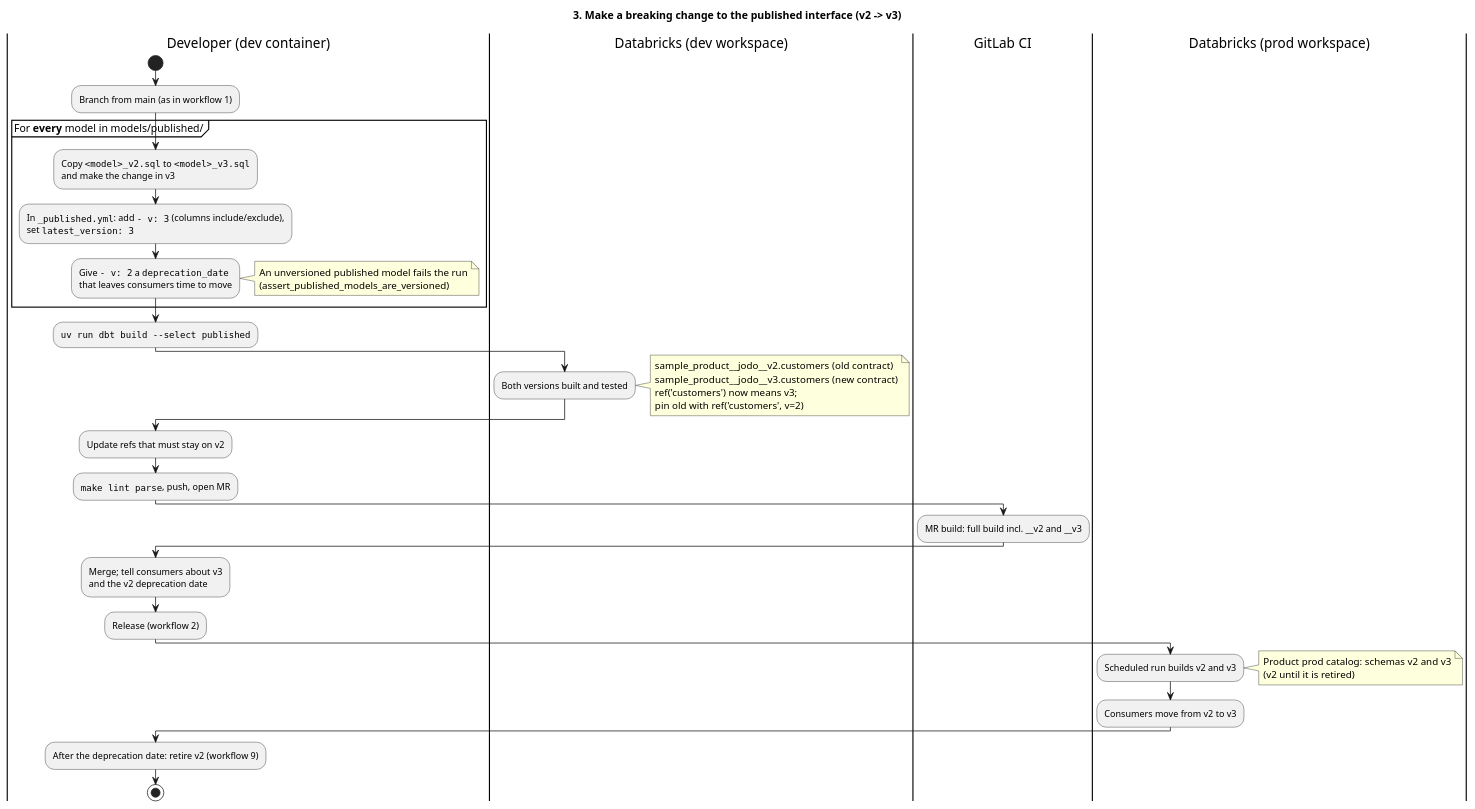
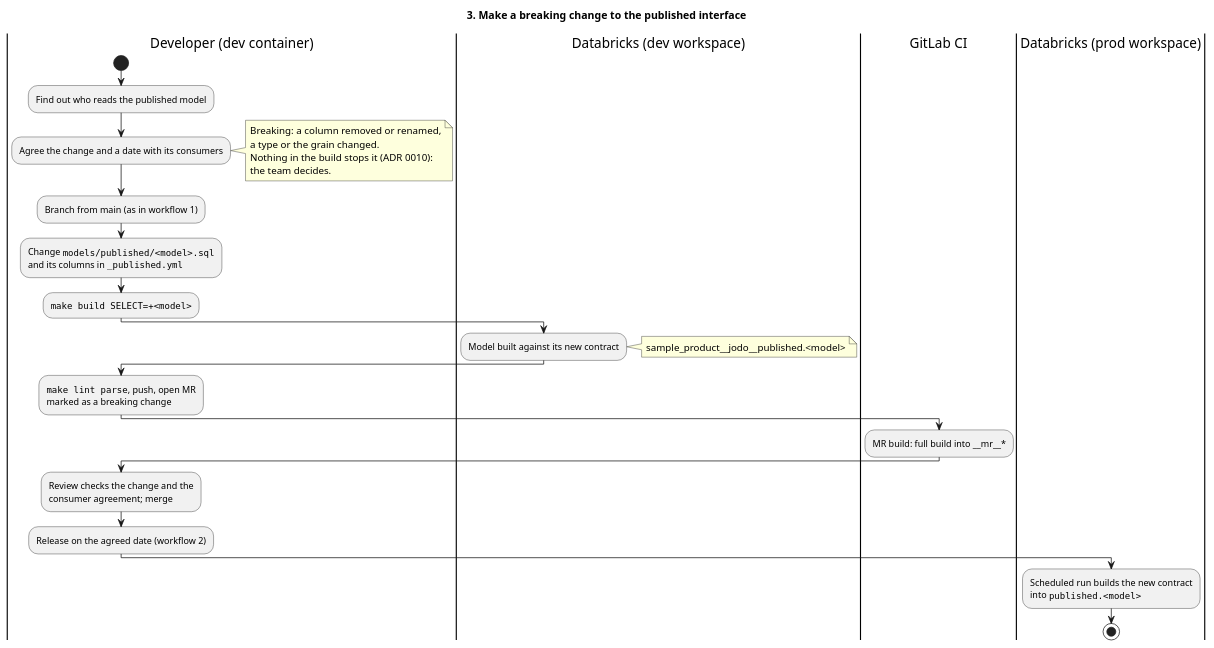
Before and after one commit to PeterHenell/dbt-databricks-template: the diagram in docs/diagrams/workflow-3-breaking.puml, drawn with PlantUML. The commit also changed 26 other files, not shown here.

First line of the commit message:
Make published-interface versioning a manual, optional practice

```diff
--- a/docs/diagrams/workflow-3-breaking.puml
+++ b/docs/diagrams/workflow-3-breaking.puml
@@ -1,47 +1,36 @@
 @startuml workflow-3-breaking
-title 3. Make a breaking change to the published interface (v2 -> v3)
+title 3. Make a breaking change to the published interface
 
 |Developer (dev container)|
 start
+:Find out who reads the published model;
+:Agree the change and a date with its consumers;
+note right
+  Breaking: a column removed or renamed,
+  a type or the grain changed.
+  Nothing in the build stops it (ADR 0010):
+  the team decides.
+end note
 :Branch from main (as in workflow 1);
-partition "For **every** model in models/published/" {
-  :Copy ""<model>_v2.sql"" to ""<model>_v3.sql""
-  and make the change in v3;
-  :In ""_published.yml"": add ""- v: 3"" (columns include/exclude),
-  set ""latest_version: 3"";
-  :Give ""- v: 2"" a ""deprecation_date""
-  that leaves consumers time to move;
-}
+:Change ""models/published/<model>.sql""
+and its columns in ""_published.yml"";
+:""make build SELECT=+<model>"";
+|Databricks (dev workspace)|
+:Model built against its new contract;
 note right
-  An unversioned published model fails the run
-  (assert_published_models_are_versioned)
-end note
-:""uv run dbt build ~--select published"";
-|Databricks (dev workspace)|
-:Both versions built and tested;
-note right
-  sample_product~__jodo~__v2.customers  (old contract)
-  sample_product~__jodo~__v3.customers  (new contract)
-  ref('customers') now means v3;
-  pin old with ref('customers', v=2)
+  sample_product~__jodo~__published.<model>
 end note
 |Developer (dev container)|
-:Update refs that must stay on v2;
-:""make lint parse"", push, open MR;
+:""make lint parse"", push, open MR
+marked as a breaking change;
 |GitLab CI|
-:MR build: full build incl. ~__v2 and ~__v3;
+:MR build: full build into ~__mr~__*;
 |Developer (dev container)|
-:Merge; tell consumers about v3
-and the v2 deprecation date;
-:Release (workflow 2);
+:Review checks the change and the
+consumer agreement; merge;
+:Release on the agreed date (workflow 2);
 |Databricks (prod workspace)|
-:Scheduled run builds v2 and v3;
-note right
-  Product prod catalog: schemas v2 and v3
-  (v2 until it is retired)
-end note
-:Consumers move from v2 to v3;
-|Developer (dev container)|
-:After the deprecation date: retire v2 (workflow 9);
+:Scheduled run builds the new contract
+into ""published.<model>"";
 stop
 @enduml
```
